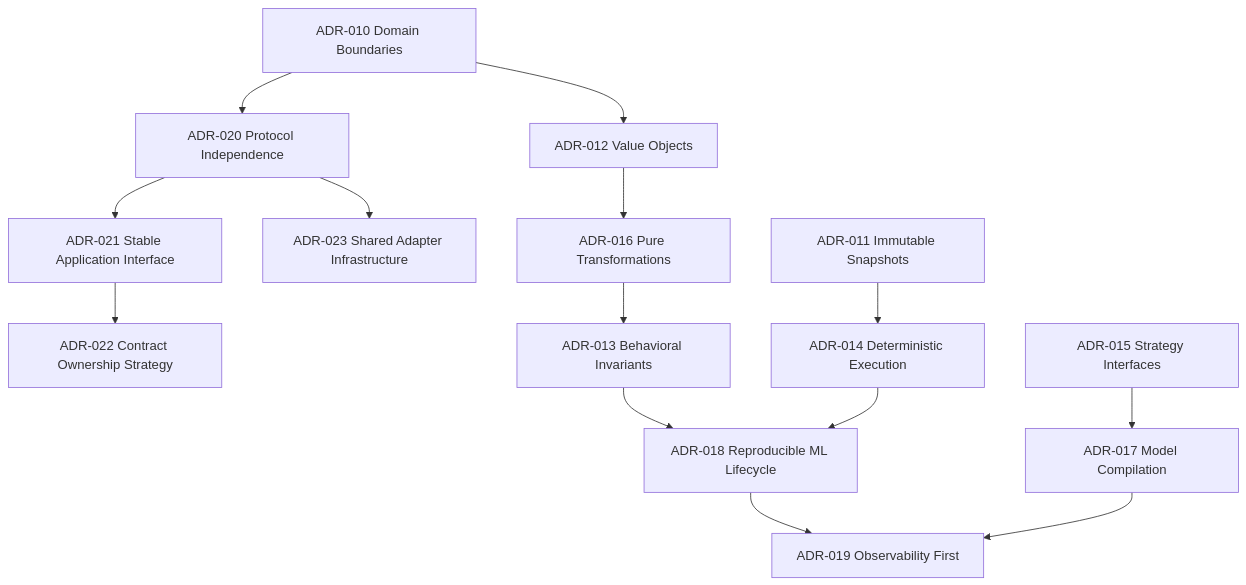
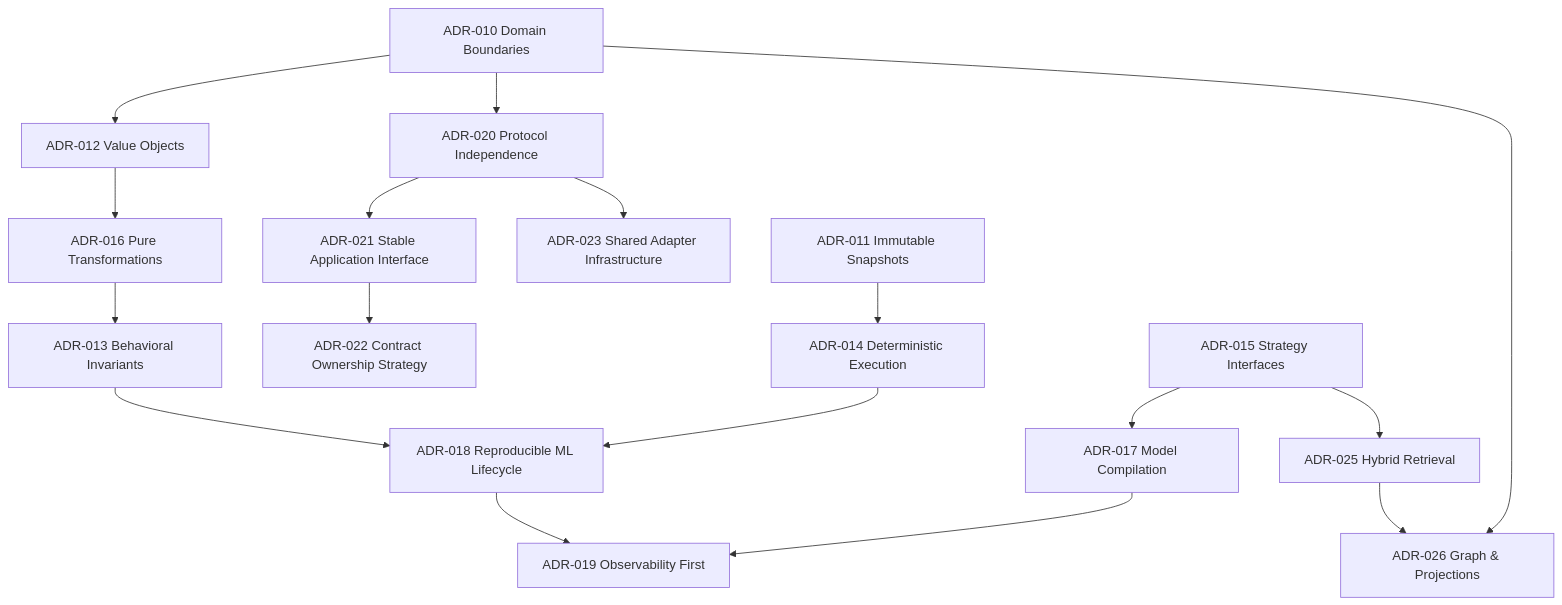
One commit to ritikpathania/brain changed the diagram in docs/architecture/README.md. Above: the diagram before and after it, drawn with Mermaid. The commit also changed other lines of this file and 118 other files, not shown here.

````diff
--- a/docs/architecture/README.md
+++ b/docs/architecture/README.md
@@ -48,18 +49,21 @@
 ```mermaid
 flowchart TD
     adr10["ADR-010 Domain Boundaries"] --> adr12["ADR-012 Value Objects"]
     adr10 --> adr20["ADR-020 Protocol Independence"]
+    adr10 --> adr26["ADR-026 Graph & Projections"]
     adr20 --> adr21["ADR-021 Stable Application Interface"]
     adr20 --> adr23["ADR-023 Shared Adapter Infrastructure"]
     adr21 --> adr22["ADR-022 Contract Ownership Strategy"]
     adr12 --> adr16["ADR-016 Pure Transformations"]
     adr16 --> adr13["ADR-013 Behavioral Invariants"]
     adr13 --> adr18["ADR-018 Reproducible ML Lifecycle"]
     adr18 --> adr19["ADR-019 Observability First"]
 
     adr11["ADR-011 Immutable Snapshots"] --> adr14["ADR-014 Deterministic Execution"]
     adr14 --> adr18
     
     adr15["ADR-015 Strategy Interfaces"] --> adr17["ADR-017 Model Compilation"]
+    adr15 --> adr25["ADR-025 Hybrid Retrieval"]
     adr17 --> adr19
+    adr25 --> adr26
 ```
````
